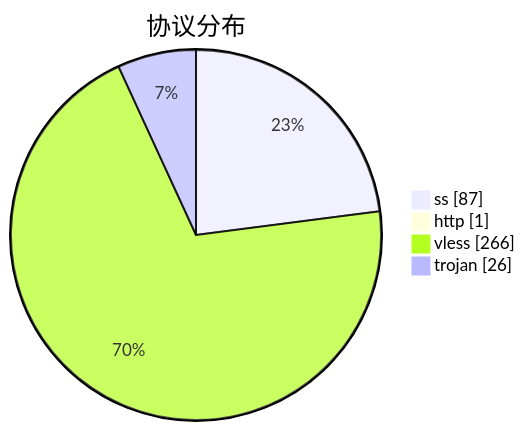
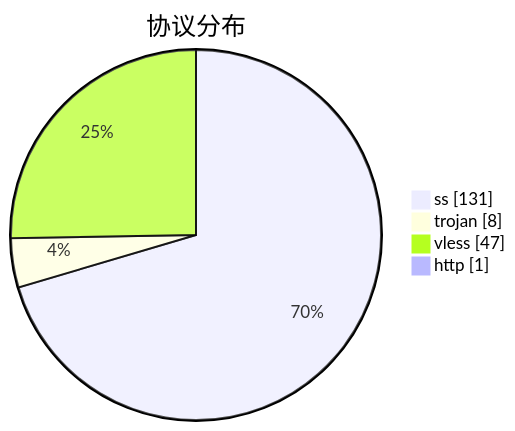
The third of 3 diagrams in subs/statistics/tested_within.md (qjlxg/airport), drawn with Mermaid before and after one commit. The commit also changed other lines of this file and 2 other files, not shown here.

````diff
--- a/subs/statistics/tested_within.md
+++ b/subs/statistics/tested_within.md
@@ -19,8 +17,8 @@
 ```mermaid
 pie showData
 title 协议分布
-"ss" : 87
+"ss" : 131
+"trojan" : 8
+"vless" : 47
 "http" : 1
-"vless" : 266
-"trojan" : 26
 ```
````
